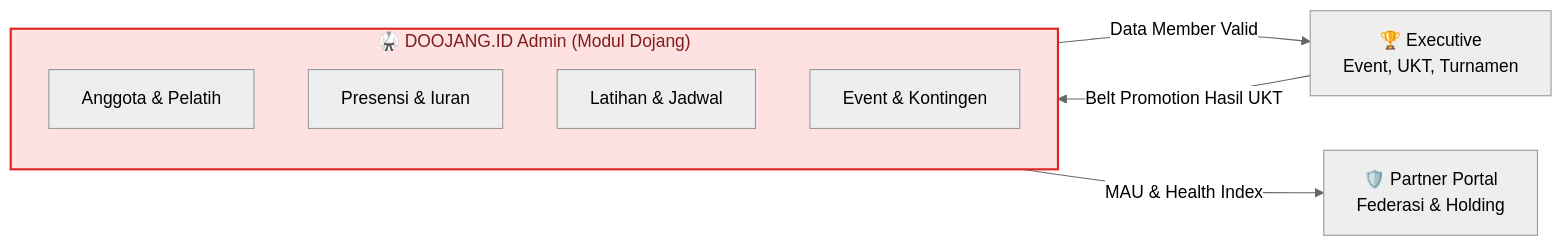
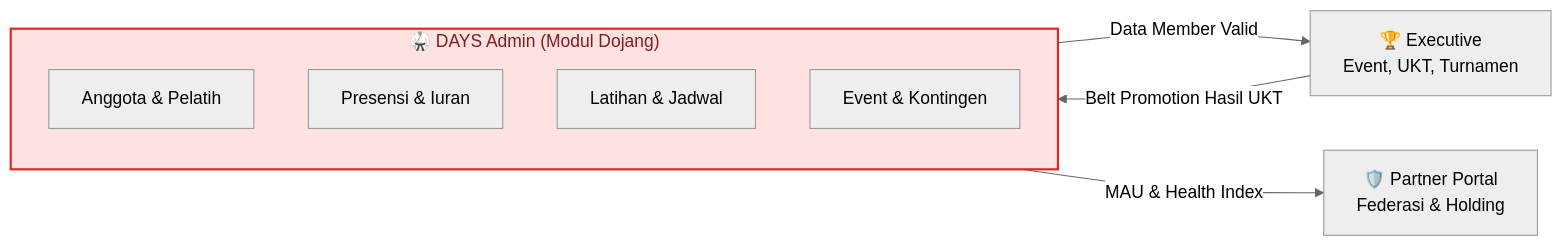
The first of 3 diagrams in content/ideas/dojang-management/modules/days-admin/SHOWCASE.md (dojangsystem-ai/days), drawn with Mermaid (neutral theme) before and after one commit. The commit also changed other lines of this file and 18 other files, not shown here.

Commit message:
refactor: rebrand product name to DAYS across documentation and update roadmap structure

````diff
--- a/content/ideas/dojang-management/modules/days-admin/SHOWCASE.md
+++ b/content/ideas/dojang-management/modules/days-admin/SHOWCASE.md
@@ -36,15 +36,15 @@
 ```mermaid
 flowchart LR
-    subgraph ADMIN ["🥋 DOOJANG.ID Admin (Modul Dojang)"]
+    subgraph ADMIN ["🥋 DAYS Admin (Modul Dojang)"]
         A1["Anggota & Pelatih"]
         A2["Presensi & Iuran"]
         A3["Latihan & Jadwal"]
         A4["Event & Kontingen"]
     end
 
     ADMIN -->|Data Member Valid| EXE["🏆 Executive<br/>Event, UKT, Turnamen"]
     ADMIN -->|MAU & Health Index| PAR["🛡️ Partner Portal<br/>Federasi & Holding"]
     EXE -->|Belt Promotion Hasil UKT| ADMIN
 
     style ADMIN fill:#fee2e2,stroke:#dc2626,stroke-width:2px,color:#7f1d1d
 ```
````
